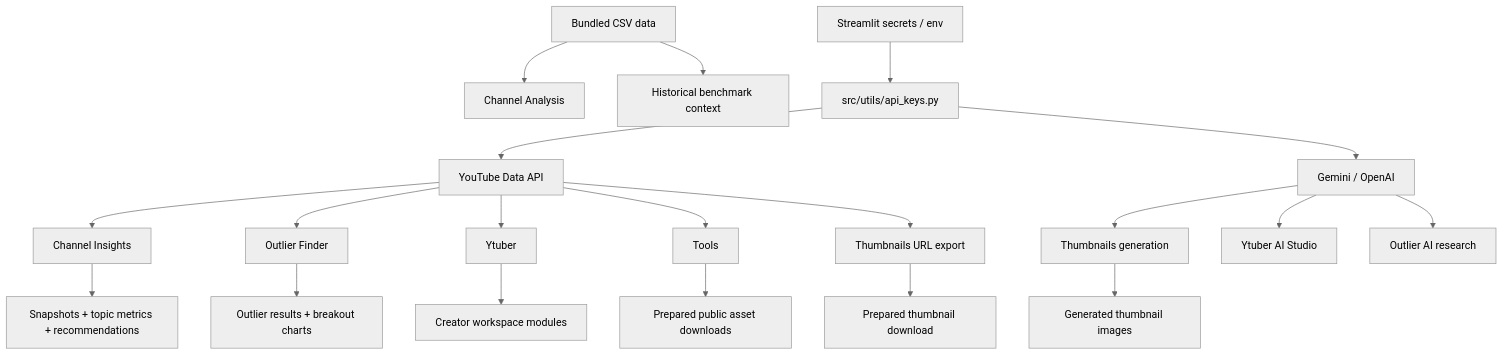
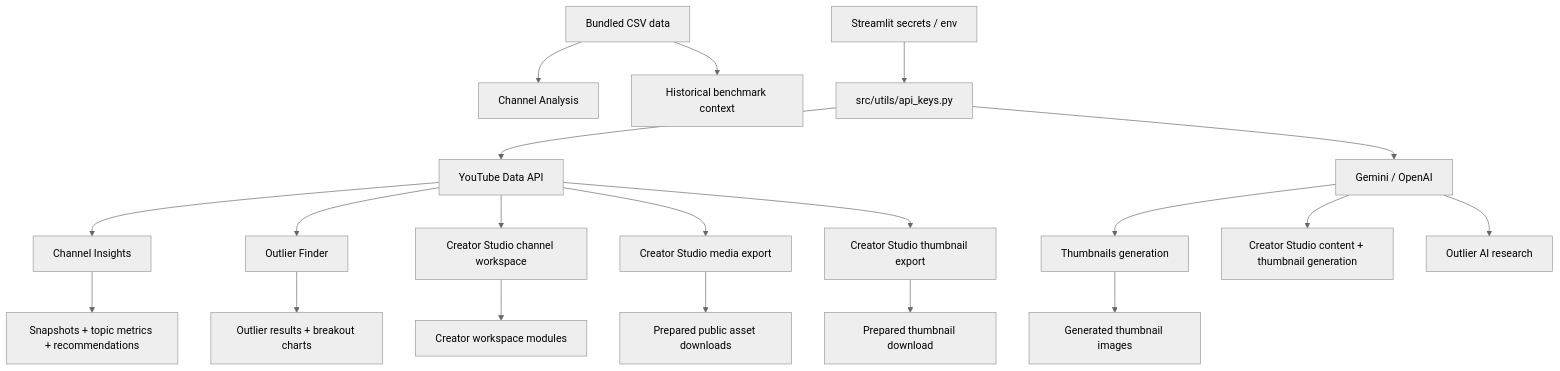
Before and after one commit to AsherJ07/purdue-youtube-ip-new: the second of 6 diagrams in README.md, drawn with Mermaid (neutral theme). The commit also changed other lines of this file and 10 other files, not shown here.

````diff
--- a/README.md
+++ b/README.md
@@ -156,26 +152,26 @@
 ```mermaid
 flowchart TD
     A["Bundled CSV data"] --> B["Channel Analysis"]
     A --> C["Historical benchmark context"]
 
     S["Streamlit secrets / env"] --> K["src/utils/api_keys.py"]
     K --> Y["YouTube Data API"]
     K --> G["Gemini / OpenAI"]
 
     Y --> D["Channel Insights"]
     Y --> E["Outlier Finder"]
-    Y --> F["Ytuber"]
-    Y --> H["Tools"]
-    Y --> I["Thumbnails URL export"]
+    Y --> F["Creator Studio channel workspace"]
+    Y --> H["Creator Studio media export"]
+    Y --> I["Creator Studio thumbnail export"]
 
     G --> J["Thumbnails generation"]
-    G --> L["Ytuber AI Studio"]
+    G --> L["Creator Studio content + thumbnail generation"]
     G --> M["Outlier AI research"]
 
     D --> N["Snapshots + topic metrics + recommendations"]
     E --> O["Outlier results + breakout charts"]
     F --> P["Creator workspace modules"]
     H --> Q["Prepared public asset downloads"]
     J --> R["Generated thumbnail images"]
     I --> T["Prepared thumbnail download"]
 ```
````
